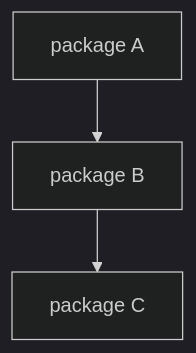
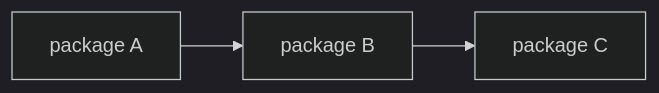
One commit to gcrtnst/pacorphan changed the first of 2 diagrams in README.md. Above: the diagram before and after it, drawn with Mermaid (dark theme). The commit also changed other lines of this file, not shown here.

````diff
--- a/README.md
+++ b/README.md
@@ -19,6 +19,6 @@
 ```mermaid
-flowchart TD
+flowchart LR
     A[package A]
     A --> B[package B]
     B --> C[package C]
 ```
````
